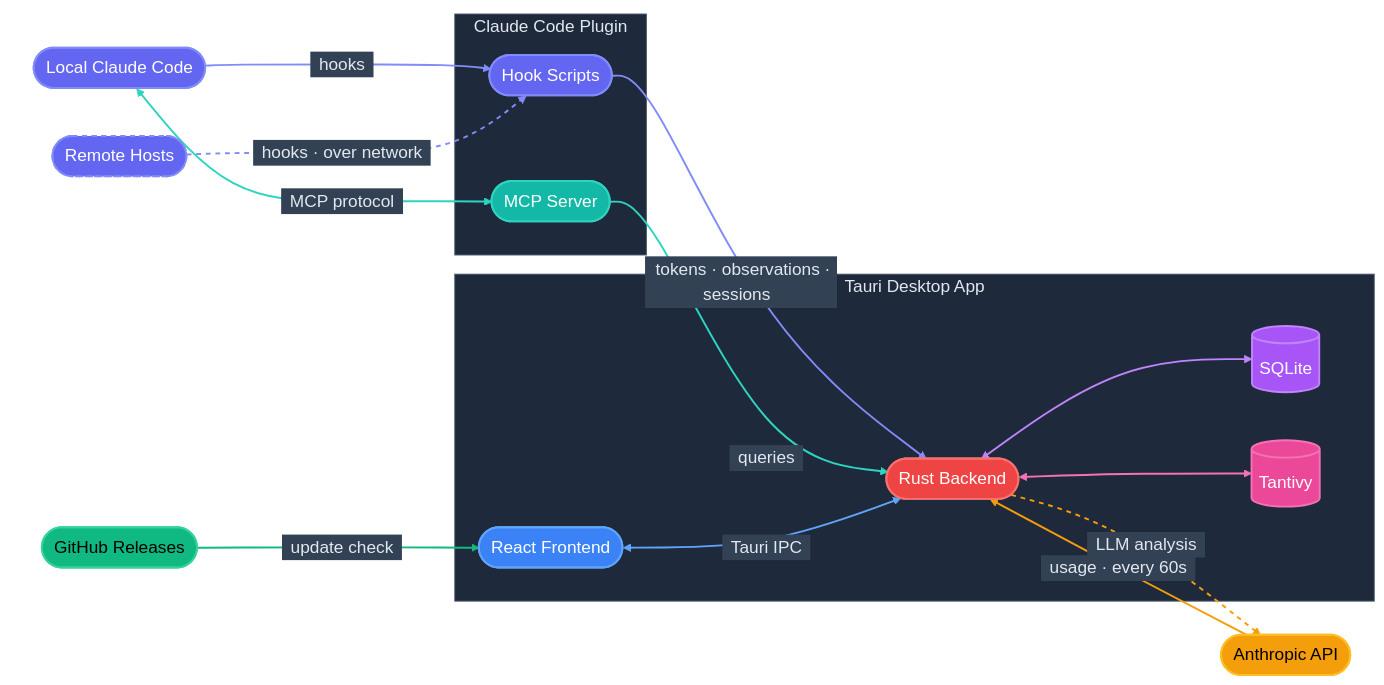
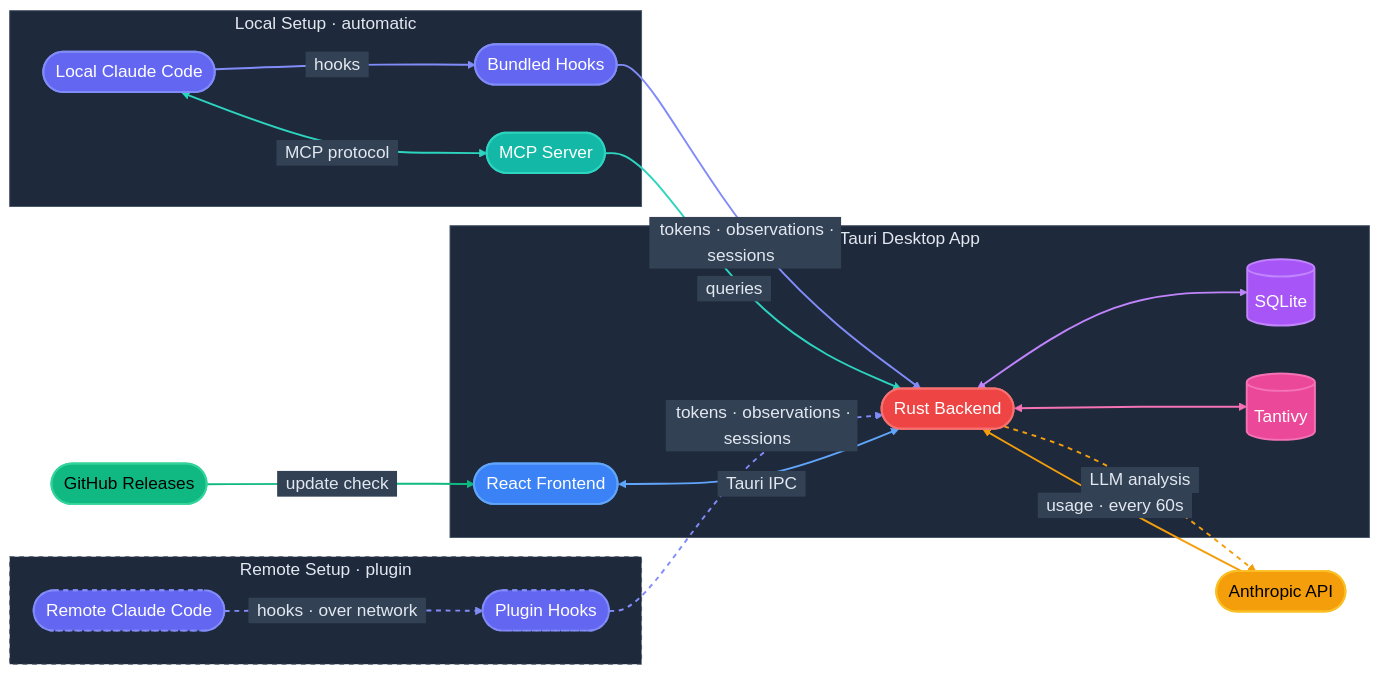
The diagram in README.md (sharaf-nassar/claude-usage), drawn with Mermaid before and after one commit. The commit also changed other lines of this file and 13 other files, not shown here.

````diff
--- a/README.md
+++ b/README.md
@@ -91,69 +92,73 @@
 ```mermaid
 %%{init: {'theme': 'base', 'themeVariables': {
   'primaryColor': '#1e293b',
   'primaryTextColor': '#e2e8f0',
   'lineColor': '#94a3b8',
   'secondaryColor': '#334155',
   'tertiaryColor': '#0f172a',
   'fontFamily': 'ui-sans-serif, system-ui, sans-serif',
   'fontSize': '18px',
   'edgeLabelBackground': '#334155'
 }}}%%
 
 graph LR
-    subgraph Sources [" "]
+    subgraph LocalBox [" Local Setup · automatic "]
         Claude(["Local Claude Code"])
-        Remote(["Remote Hosts"])
+        LocalHooks(["Bundled Hooks"])
+        LocalMCP(["MCP Server"])
     end
 
-    subgraph PluginBox [" Claude Code Plugin "]
-        Hooks(["Hook Scripts"])
-        MCP(["MCP Server"])
+    subgraph RemoteBox [" Remote Setup · plugin "]
+        Remote(["Remote Claude Code"])
+        PluginHooks(["Plugin Hooks"])
     end
 
-    Claude -- "&ensp;hooks&ensp;" --> Hooks
-    Remote -. "&ensp;hooks · over network&ensp;" .-> Hooks
-    Claude <-->|"&ensp;MCP protocol&ensp;"| MCP
+    Claude -- "&ensp;hooks&ensp;" --> LocalHooks
+    Claude <-->|"&ensp;MCP protocol&ensp;"| LocalMCP
+    Remote -. "&ensp;hooks · over network&ensp;" .-> PluginHooks
 
-    Hooks -- "&ensp;tokens · observations · sessions&ensp;" --> Backend
-    MCP -- "&ensp;queries&ensp;" --> Backend
+    LocalHooks -- "&ensp;tokens · observations · sessions&ensp;" --> Backend
+    LocalMCP -- "&ensp;queries&ensp;" --> Backend
+    PluginHooks -. "&ensp;tokens · observations · sessions&ensp;" .-> Backend
 
     API(["Anthropic API"])
     GH(["GitHub Releases"])
 
     API -- "&ensp;usage · every 60s&ensp;" --> Backend
     Backend -. "&ensp;LLM analysis&ensp;" .-> API
     GH -- "&ensp;update check&ensp;" --> Frontend
 
     subgraph Widget [" Tauri Desktop App "]
         Frontend(["React Frontend"]) <-->|"&ensp;Tauri IPC&ensp;"| Backend(["Rust Backend"])
         Backend <--> SQLite[(SQLite)]
         Backend <--> Tantivy[(Tantivy)]
     end
 
     style Claude fill:#6366f1,stroke:#818cf8,color:#fff,stroke-width:2px
     style Remote fill:#6366f1,stroke:#818cf8,color:#fff,stroke-width:2px,stroke-dasharray: 5 5
-    style Hooks fill:#6366f1,stroke:#818cf8,color:#fff,stroke-width:2px
-    style MCP fill:#14b8a6,stroke:#2dd4bf,color:#fff,stroke-width:2px
+    style LocalHooks fill:#6366f1,stroke:#818cf8,color:#fff,stroke-width:2px
+    style LocalMCP fill:#14b8a6,stroke:#2dd4bf,color:#fff,stroke-width:2px
+    style PluginHooks fill:#6366f1,stroke:#818cf8,color:#fff,stroke-width:2px,stroke-dasharray: 5 5
     style API fill:#f59e0b,stroke:#fbbf24,color:#000,stroke-width:2px
     style GH fill:#10b981,stroke:#34d399,color:#000,stroke-width:2px
     style Frontend fill:#3b82f6,stroke:#60a5fa,color:#fff,stroke-width:2px
     style Backend fill:#ef4444,stroke:#f87171,color:#fff,stroke-width:2px
     style SQLite fill:#a855f7,stroke:#c084fc,color:#fff,stroke-width:2px
     style Tantivy fill:#ec4899,stroke:#f472b6,color:#fff,stroke-width:2px
     style Widget fill:#1e293b,stroke:#475569,color:#e2e8f0
-    style PluginBox fill:#1e293b,stroke:#475569,color:#e2e8f0
-    style Sources fill:transparent,stroke:transparent
+    style LocalBox fill:#1e293b,stroke:#475569,color:#e2e8f0
+    style RemoteBox fill:#1e293b,stroke:#475569,color:#e2e8f0,stroke-dasharray: 5 5
 
     linkStyle 0 stroke:#818cf8,stroke-width:2px
-    linkStyle 1 stroke:#818cf8,stroke-width:2px,stroke-dasharray: 5 5
-    linkStyle 2 stroke:#2dd4bf,stroke-width:2px
+    linkStyle 1 stroke:#2dd4bf,stroke-width:2px
+    linkStyle 2 stroke:#818cf8,stroke-width:2px,stroke-dasharray: 5 5
     linkStyle 3 stroke:#818cf8,stroke-width:2px
     linkStyle 4 stroke:#2dd4bf,stroke-width:2px
-    linkStyle 5 stroke:#f59e0b,stroke-width:2px
-    linkStyle 6 stroke:#f59e0b,stroke-width:2px,stroke-dasharray: 5 5
-    linkStyle 7 stroke:#10b981,stroke-width:2px
-    linkStyle 8 stroke:#60a5fa,stroke-width:2px
-    linkStyle 9 stroke:#c084fc,stroke-width:2px
-    linkStyle 10 stroke:#f472b6,stroke-width:2px
+    linkStyle 5 stroke:#818cf8,stroke-width:2px,stroke-dasharray: 5 5
+    linkStyle 6 stroke:#f59e0b,stroke-width:2px
+    linkStyle 7 stroke:#f59e0b,stroke-width:2px,stroke-dasharray: 5 5
+    linkStyle 8 stroke:#10b981,stroke-width:2px
+    linkStyle 9 stroke:#60a5fa,stroke-width:2px
+    linkStyle 10 stroke:#c084fc,stroke-width:2px
+    linkStyle 11 stroke:#f472b6,stroke-width:2px
 ```
````
